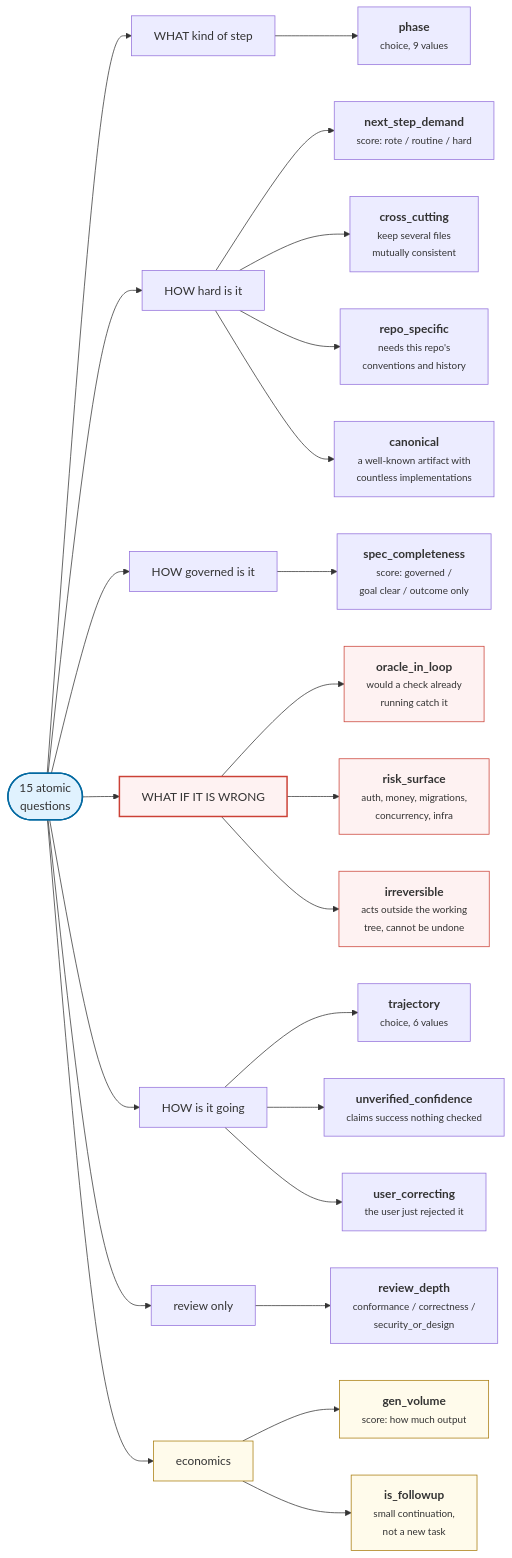
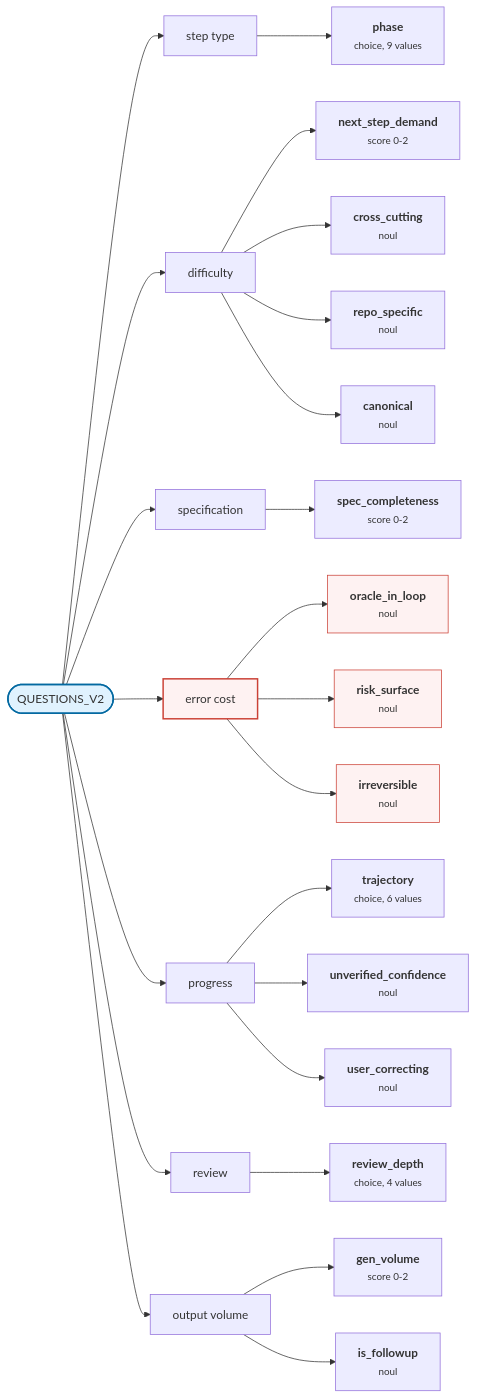
Before and after one commit to tgiridhar/claude-code-jev-smart-router: the second of 2 diagrams in docs/ONTOLOGY.md, drawn with Mermaid. The commit also changed other lines of this file and 6 other files, not shown here.

````diff
--- a/docs/ONTOLOGY.md
+++ b/docs/ONTOLOGY.md
@@ -98,47 +113,44 @@
 ```mermaid
 flowchart LR
-    root(["15 atomic<br/>questions"])
+    root(["QUESTIONS_V2"])
 
-    a1["WHAT kind of step"]
-    a2["HOW hard is it"]
-    a3["HOW governed is it"]
-    a4["WHAT IF IT IS WRONG"]
-    a5["HOW is it going"]
-    a6["review only"]
-    a7["economics"]
+    a1["step type"]
+    a2["difficulty"]
+    a3["specification"]
+    a4["error cost"]
+    a5["progress"]
+    a6["review"]
+    a7["output volume"]
 
     root --> a1 --> q1["<b>phase</b><br/><small>choice, 9 values</small>"]
 
     root --> a2
-    a2 --> q2["<b>next_step_demand</b><br/><small>score: rote / routine / hard</small>"]
-    a2 --> q3["<b>cross_cutting</b><br/><small>keep several files<br/>mutually consistent</small>"]
-    a2 --> q4["<b>repo_specific</b><br/><small>needs this repo's<br/>conventions and history</small>"]
-    a2 --> q5["<b>canonical</b><br/><small>a well-known artifact with<br/>countless implementations</small>"]
+    a2 --> q2["<b>next_step_demand</b><br/><small>score 0-2</small>"]
+    a2 --> q3["<b>cross_cutting</b><br/><small>noul</small>"]
+    a2 --> q4["<b>repo_specific</b><br/><small>noul</small>"]
+    a2 --> q5["<b>canonical</b><br/><small>noul</small>"]
 
-    root --> a3 --> q6["<b>spec_completeness</b><br/><small>score: governed /<br/>goal clear / outcome only</small>"]
+    root --> a3 --> q6["<b>spec_completeness</b><br/><small>score 0-2</small>"]
 
     root --> a4
-    a4 --> q7["<b>oracle_in_loop</b><br/><small>would a check already<br/>running catch it</small>"]
-    a4 --> q8["<b>risk_surface</b><br/><small>auth, money, migrations,<br/>concurrency, infra</small>"]
-    a4 --> q9["<b>irreversible</b><br/><small>acts outside the working<br/>tree, cannot be undone</small>"]
+    a4 --> q7["<b>oracle_in_loop</b><br/><small>noul</small>"]
+    a4 --> q8["<b>risk_surface</b><br/><small>noul</small>"]
+    a4 --> q9["<b>irreversible</b><br/><small>noul</small>"]
 
     root --> a5
     a5 --> q10["<b>trajectory</b><br/><small>choice, 6 values</small>"]
-    a5 --> q11["<b>unverified_confidence</b><br/><small>claims success nothing checked</small>"]
-    a5 --> q12["<b>user_correcting</b><br/><small>the user just rejected it</small>"]
+    a5 --> q11["<b>unverified_confidence</b><br/><small>noul</small>"]
+    a5 --> q12["<b>user_correcting</b><br/><small>noul</small>"]
 
-    root --> a6 --> q13["<b>review_depth</b><br/><small>conformance / correctness /<br/>security_or_design</small>"]
+    root --> a6 --> q13["<b>review_depth</b><br/><small>choice, 4 values</small>"]
 
     root --> a7
-    a7 --> q14["<b>gen_volume</b><br/><small>score: how much output</small>"]
-    a7 --> q15["<b>is_followup</b><br/><small>small continuation,<br/>not a new task</small>"]
+    a7 --> q14["<b>gen_volume</b><br/><small>score 0-2</small>"]
+    a7 --> q15["<b>is_followup</b><br/><small>noul</small>"]
 
     style a4 fill:#fef2f2,stroke:#cb4136,stroke-width:2px
     style q7 fill:#fef2f2,stroke:#cb4136
     style q8 fill:#fef2f2,stroke:#cb4136
     style q9 fill:#fef2f2,stroke:#cb4136
-    style a7 fill:#fffbeb,stroke:#a87b0b
-    style q14 fill:#fffbeb,stroke:#a87b0b
-    style q15 fill:#fffbeb,stroke:#a87b0b
     style root fill:#e0f2fe,stroke:#0369a1,stroke-width:2px
 ```
````
